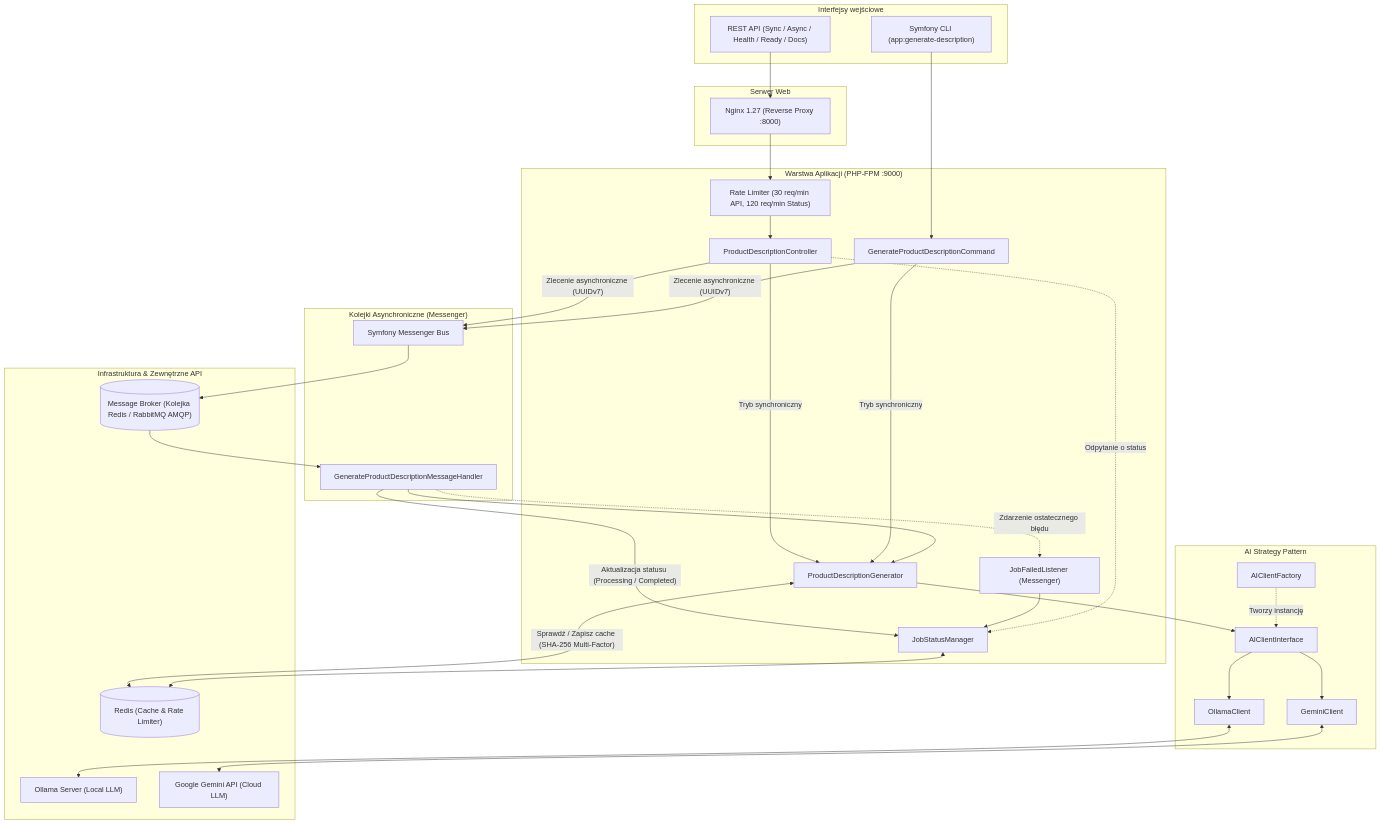
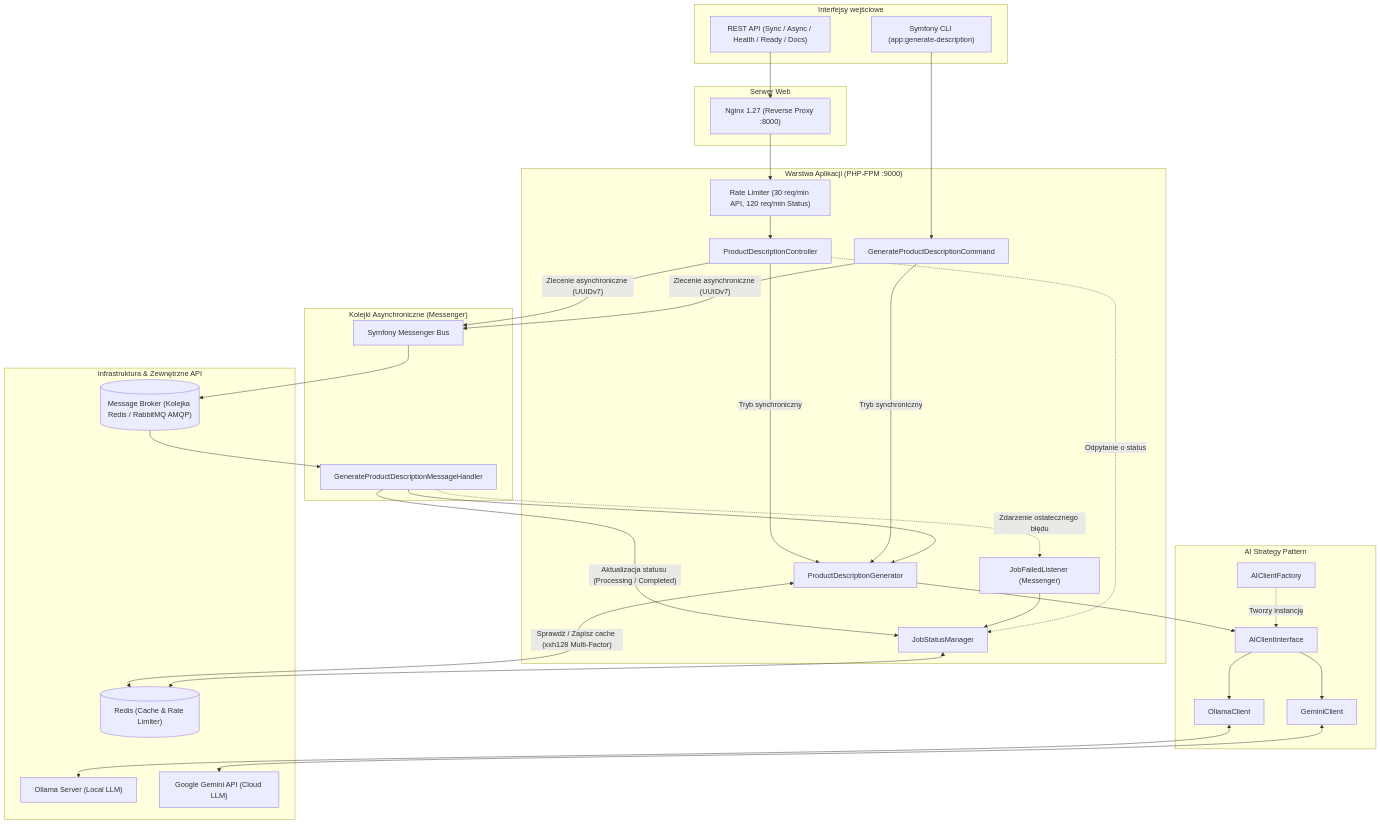
The diagram in README.pl.md (michal-kraus/ai-product-description-microservice), drawn with Mermaid before and after one commit. The commit also changed other lines of this file and 1 other file, not shown here.

Commit message:
docs: align readme architecture, project structure, and tooling with codebase

````diff
--- a/README.pl.md
+++ b/README.pl.md
@@ -25,66 +25,66 @@
 ```mermaid
 flowchart TD
     subgraph Clients ["Interfejsy wejściowe"]
         HTTP["REST API (Sync / Async / Health / Ready / Docs)"]
         CLI["Symfony CLI (app:generate-description)"]
     end
 
     subgraph WebServer ["Serwer Web"]
         Nginx["Nginx 1.27 (Reverse Proxy :8000)"]
     end
 
     subgraph App ["Warstwa Aplikacji (PHP-FPM :9000)"]
         Limiter["Rate Limiter (30 req/min API, 120 req/min Status)"]
         Controller["ProductDescriptionController"]
         Command["GenerateProductDescriptionCommand"]
         Generator["ProductDescriptionGenerator"]
         JobManager["JobStatusManager"]
         JobListener["JobFailedListener (Messenger)"]
     end
 
     subgraph MessengerLayer ["Kolejki Asynchroniczne (Messenger)"]
         Bus["Symfony Messenger Bus"]
         Handler["GenerateProductDescriptionMessageHandler"]
     end
 
     subgraph AIService ["AI Strategy Pattern"]
         Factory["AIClientFactory"]
         Strategy["AIClientInterface"]
         Ollama["OllamaClient"]
         Gemini["GeminiClient"]
     end
 
     subgraph Infra ["Infrastruktura & Zewnętrzne API"]
         RedisCache[("Redis (Cache & Rate Limiter)")]
         Queues[("Message Broker (Kolejka Redis / RabbitMQ AMQP)")]
         OllamaSrv["Ollama Server (Local LLM)"]
         GeminiAPI["Google Gemini API (Cloud LLM)"]
     end
 
     HTTP --> Nginx --> Limiter --> Controller
     CLI --> Command
 
     Controller -- "Tryb synchroniczny" --> Generator
     Command -- "Tryb synchroniczny" --> Generator
 
     Controller -- "Zlecenie asynchroniczne (UUIDv7)" --> Bus
     Command -- "Zlecenie asynchroniczne (UUIDv7)" --> Bus
 
     Bus --> Queues --> Handler
     Handler -- "Aktualizacja statusu (Processing / Completed)" --> JobManager
     Handler --> Generator
     Handler -. "Zdarzenie ostatecznego błędu" .-> JobListener --> JobManager
 
-    Generator <-->|"Sprawdź / Zapisz cache (SHA-256 Multi-Factor)"| RedisCache
+    Generator <-->|"Sprawdź / Zapisz cache (xxh128 Multi-Factor)"| RedisCache
     Generator --> Strategy
 
     Factory -. "Tworzy instancję" .-> Strategy
     Strategy --> Ollama
     Strategy --> Gemini
 
     Ollama <--> OllamaSrv
     Gemini <--> GeminiAPI
 
     Controller -. "Odpytanie o status" .-> JobManager
     JobManager <--> RedisCache
 ```
````
